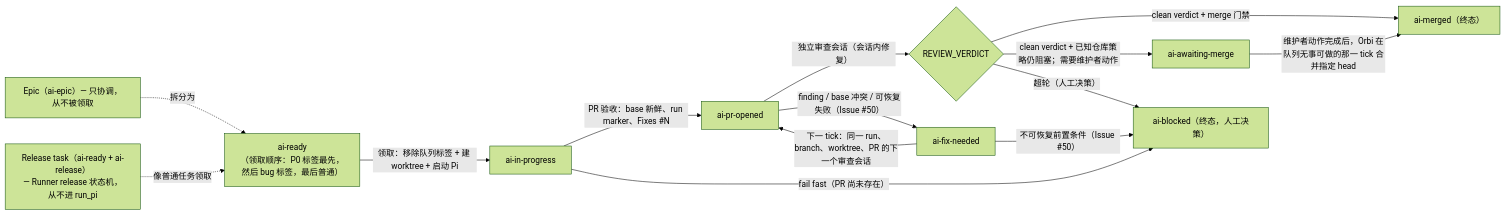
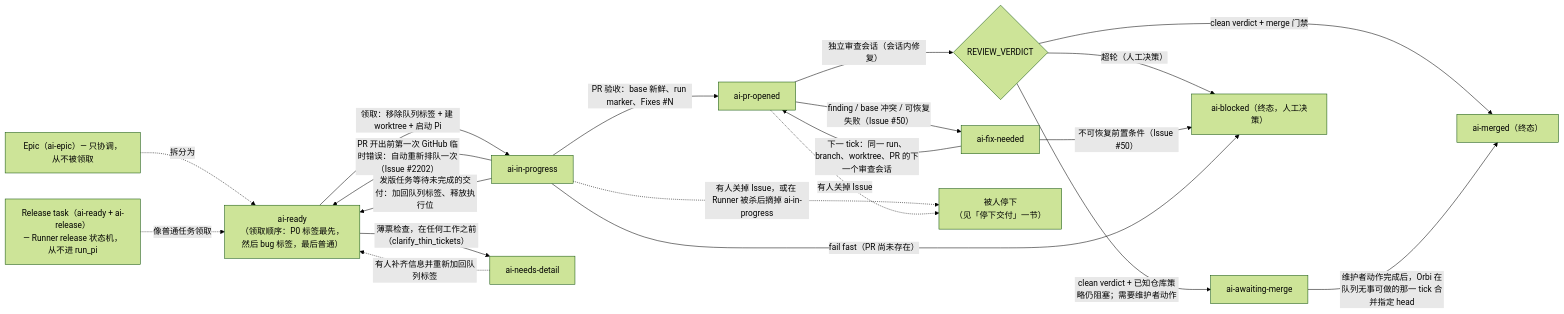
Before and after one commit to orbi-build/orbi: the diagram in docs/zh/workflow.mdx, drawn with Mermaid (forest theme). The commit also changed 1 other file, not shown here.

Commit message:
docs: draw the back-to-queue and stop edges on the workflow state diagram

````diff
--- a/docs/zh/workflow.mdx
+++ b/docs/zh/workflow.mdx
@@ -28,19 +28,25 @@
 ```mermaid
 flowchart LR
   epic["Epic（ai-epic）— 只协调，从不被领取"]
   epic -.拆分为.-> ready
   release["Release task（ai-ready + ai-release）<br/>— Runner release 状态机，从不进 run_pi"]
   release -.像普通任务领取.-> ready
   ready["ai-ready<br/>（领取顺序：P0 标签最先，然后 bug 标签，最后普通）"]
   ready -->|领取：移除队列标签 + 建 worktree + 启动 Pi| progress["ai-in-progress"]
   progress -->|PR 验收：base 新鲜、run marker、Fixes #N| opened["ai-pr-opened"]
   opened -->|独立审查会话（会话内修复）| verdict{"REVIEW_VERDICT"}
   verdict -->|clean verdict + merge 门禁| merged["ai-merged（终态）"]
   verdict -->|clean verdict + 已知仓库策略仍阻塞；需要维护者动作| awaiting["ai-awaiting-merge"]
   awaiting -->|维护者动作完成后，Orbi 在队列无事可做的那一 tick 合并指定 head| merged
   verdict -->|超轮（人工决策）| blocked["ai-blocked（终态，人工决策）"]
   opened -->|finding / base 冲突 / 可恢复失败（Issue #50）| fixneeded["ai-fix-needed"]
   fixneeded -->|下一 tick：同一 run、branch、worktree、PR 的下一个审查会话| opened
   fixneeded -->|不可恢复前置条件（Issue #50）| blocked
   progress -->|fail fast（PR 尚未存在）| blocked
+  ready -->|薄票检查，在任何工作之前（clarify_thin_tickets）| needsdetail["ai-needs-detail"]
+  needsdetail -.->|有人补齐信息并重新加回队列标签| ready
+  progress -->|PR 开出前第一次 GitHub 临时错误：自动重新排队一次（Issue #2202）| ready
+  progress -->|发版任务等待未完成的交付：加回队列标签、释放执行位| ready
+  progress -.->|有人关掉 Issue，或在 Runner 被杀后摘掉 ai-in-progress| stopped["被人停下<br/>（见「停下交付」一节）"]
+  opened -.->|有人关掉 Issue| stopped
 ```
````
